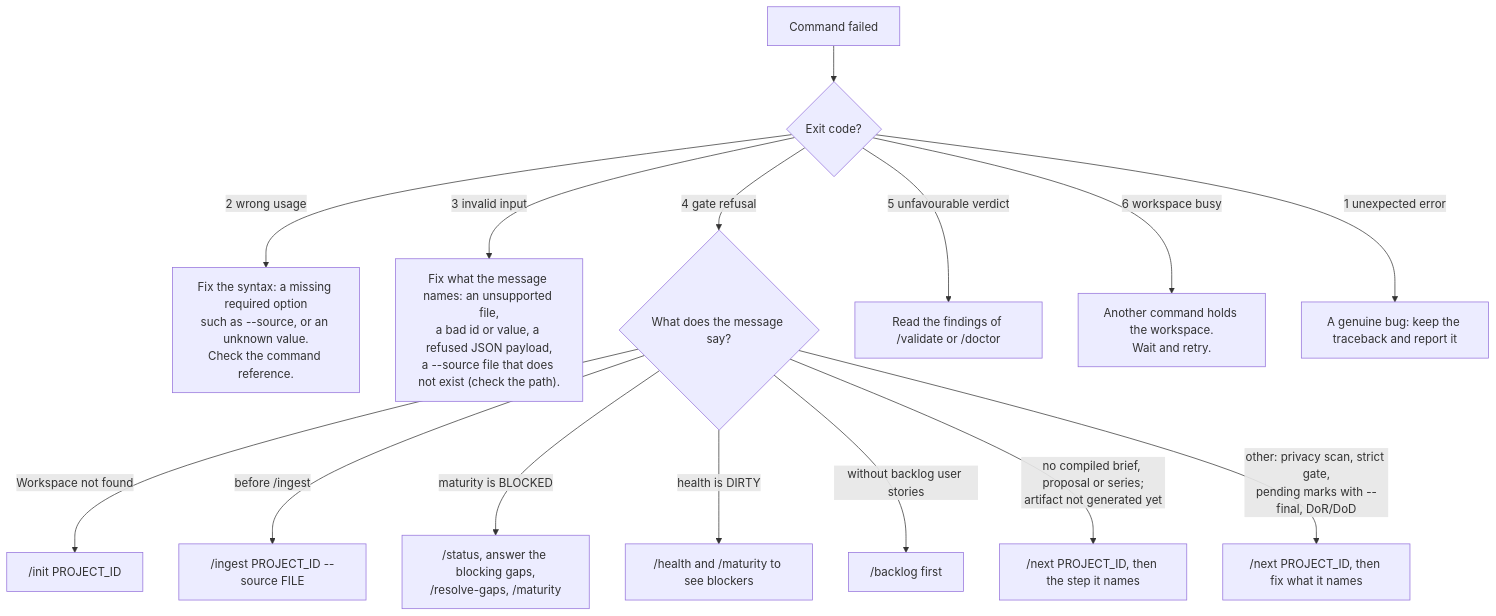
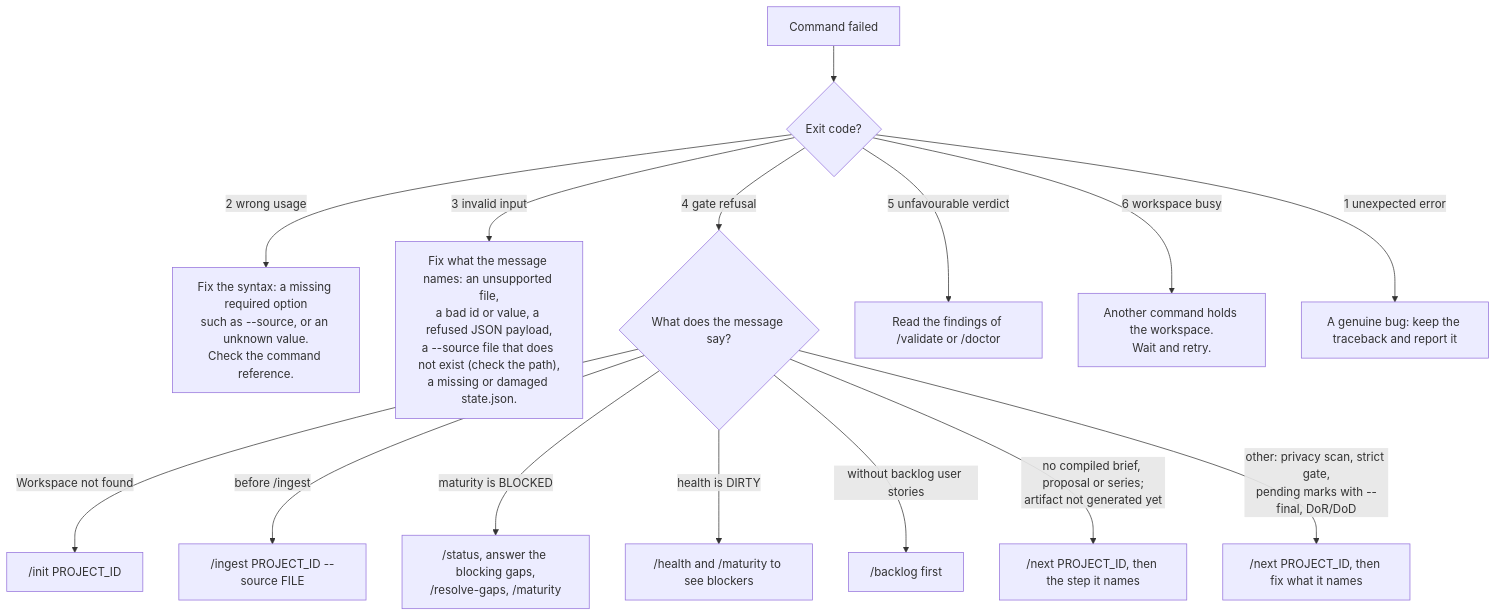
One commit to jmatzkin1980/ignite-sentinel changed the diagram in user_guide/03-workflows.md. Above: the diagram before and after it, drawn with Mermaid. The commit also changed other lines of this file and 14 other files, not shown here.

````diff
--- a/user_guide/03-workflows.md
+++ b/user_guide/03-workflows.md
@@ -245,17 +245,17 @@
 ```mermaid
 flowchart TD
     R["Command failed"] --> C{"Exit code?"}
     C -- "2 wrong usage" --> U["Fix the syntax: a missing required option<br/>such as --source, or an unknown value.<br/>Check the command reference."]
-    C -- "3 invalid input" --> I["Fix what the message names: an unsupported file,<br/>a bad id or value, a refused JSON payload,<br/>a --source file that does not exist (check the path)."]
+    C -- "3 invalid input" --> I["Fix what the message names: an unsupported file,<br/>a bad id or value, a refused JSON payload,<br/>a --source file that does not exist (check the path),<br/>a missing or damaged state.json."]
     C -- "4 gate refusal" --> G{"What does the message say?"}
     G -- "Workspace not found" --> G1["/init PROJECT_ID"]
     G -- "before /ingest" --> G2["/ingest PROJECT_ID --source FILE"]
     G -- "maturity is BLOCKED" --> G3["/status, answer the blocking gaps,<br/>/resolve-gaps, /maturity"]
     G -- "health is DIRTY" --> G4["/health and /maturity to see blockers"]
     G -- "without backlog user stories" --> G5["/backlog first"]
     G -- "no compiled brief, proposal or series;<br/>artifact not generated yet" --> G7["/next PROJECT_ID, then the step it names"]
     G -- "other: privacy scan, strict gate,<br/>pending marks with --final, DoR/DoD" --> G6["/next PROJECT_ID, then fix what it names"]
     C -- "5 unfavourable verdict" --> V["Read the findings of /validate or /doctor"]
     C -- "6 workspace busy" --> B["Another command holds the workspace.<br/>Wait and retry."]
     C -- "1 unexpected error" --> X["A genuine bug: keep the traceback and report it"]
 ```
````
